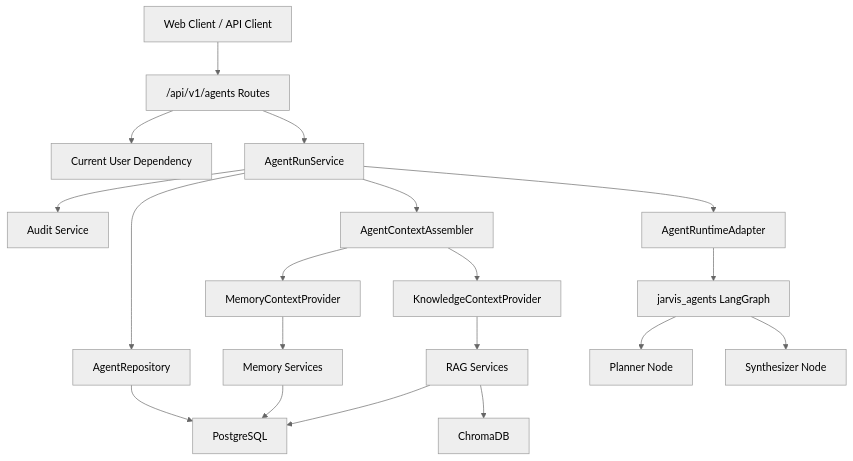
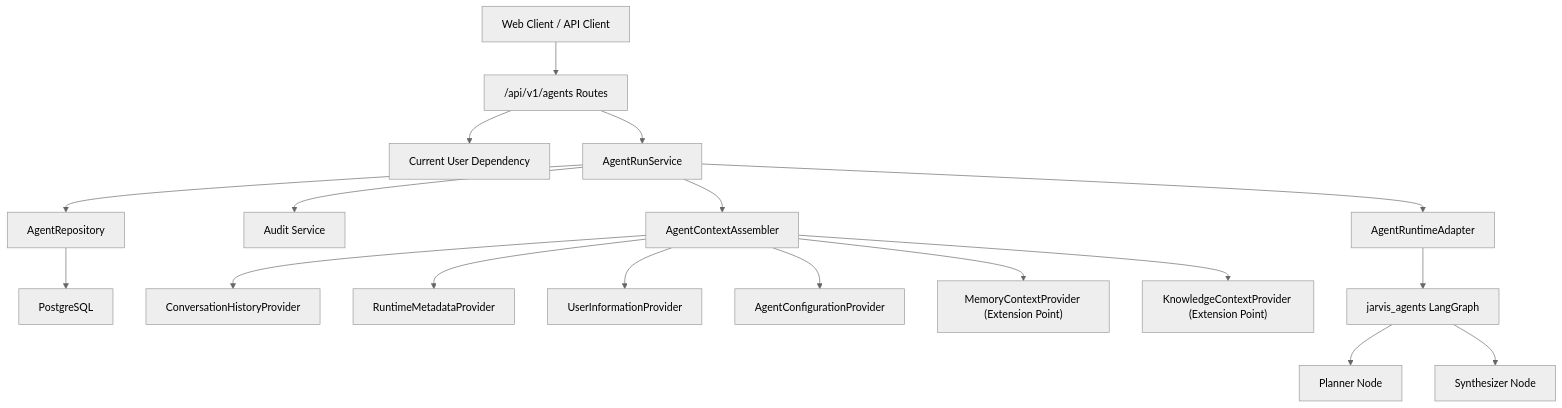
One commit to Rahul-curious/jarvis-ai-os changed the first of 4 diagrams in docs/phase-6-agent-framework.md. Above: the diagram before and after it, drawn with Mermaid (neutral theme). The commit also changed other lines of this file, not shown here.

First line of the commit message:
Enhance agent framework documentation with context providers

````diff
--- a/docs/phase-6-agent-framework.md
+++ b/docs/phase-6-agent-framework.md
@@ -82,25 +82,25 @@
 ```mermaid
 flowchart TB
     Client["Web Client / API Client"] --> AgentsAPI["/api/v1/agents Routes"]
     AgentsAPI --> Auth["Current User Dependency"]
     AgentsAPI --> AgentService["AgentRunService"]
 
     AgentService --> AgentRepo["AgentRepository"]
     AgentRepo --> Postgres["PostgreSQL"]
+
     AgentService --> Audit["Audit Service"]
     AgentService --> ContextAssembler["AgentContextAssembler"]
 
-    ContextAssembler --> MemoryProvider["MemoryContextProvider"]
-    ContextAssembler --> KnowledgeProvider["KnowledgeContextProvider"]
-    MemoryProvider --> MemoryServices["Memory Services"]
-    KnowledgeProvider --> RagServices["RAG Services"]
+    ContextAssembler --> ConversationProvider["ConversationHistoryProvider"]
+    ContextAssembler --> RuntimeProvider["RuntimeMetadataProvider"]
+    ContextAssembler --> UserProvider["UserInformationProvider"]
+    ContextAssembler --> ConfigProvider["AgentConfigurationProvider"]
+    ContextAssembler --> MemoryProvider["MemoryContextProvider (Extension Point)"]
+    ContextAssembler --> KnowledgeProvider["KnowledgeContextProvider (Extension Point)"]
 
     AgentService --> RuntimeAdapter["AgentRuntimeAdapter"]
+
     RuntimeAdapter --> LangGraph["jarvis_agents LangGraph"]
     LangGraph --> Planner["Planner Node"]
     LangGraph --> Synthesizer["Synthesizer Node"]
-
-    MemoryServices --> Postgres
-    RagServices --> Postgres
-    RagServices --> Chroma["ChromaDB"]
 ```
````
